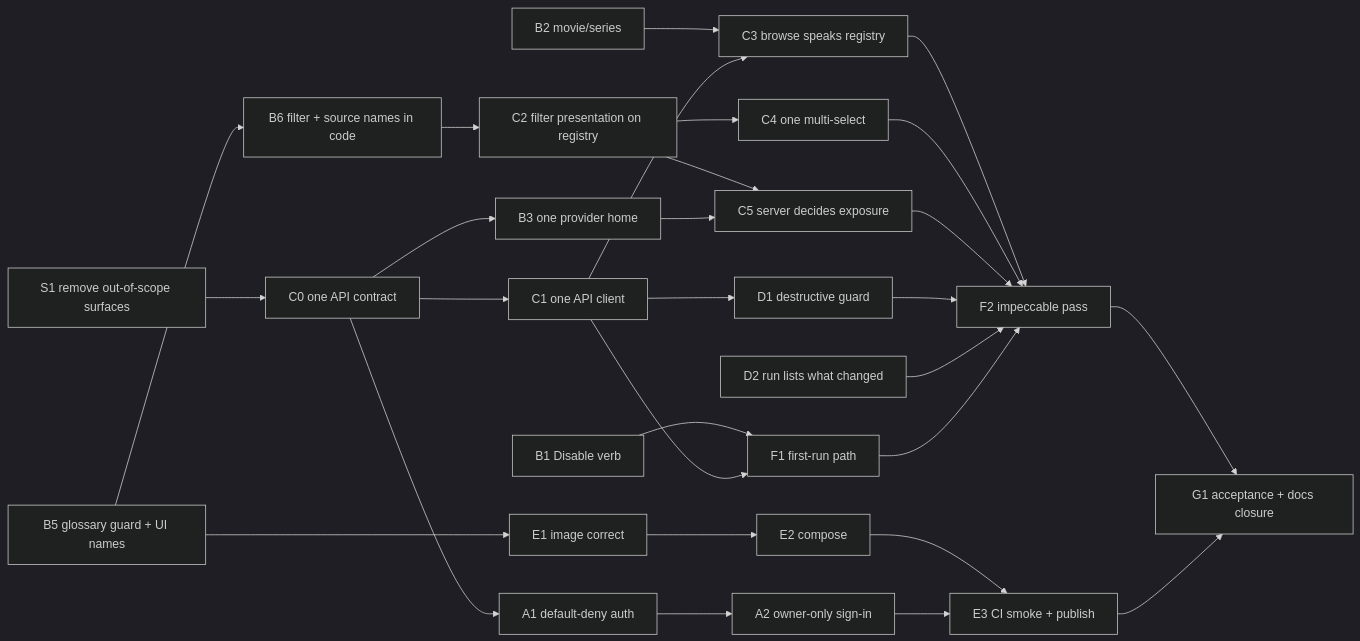
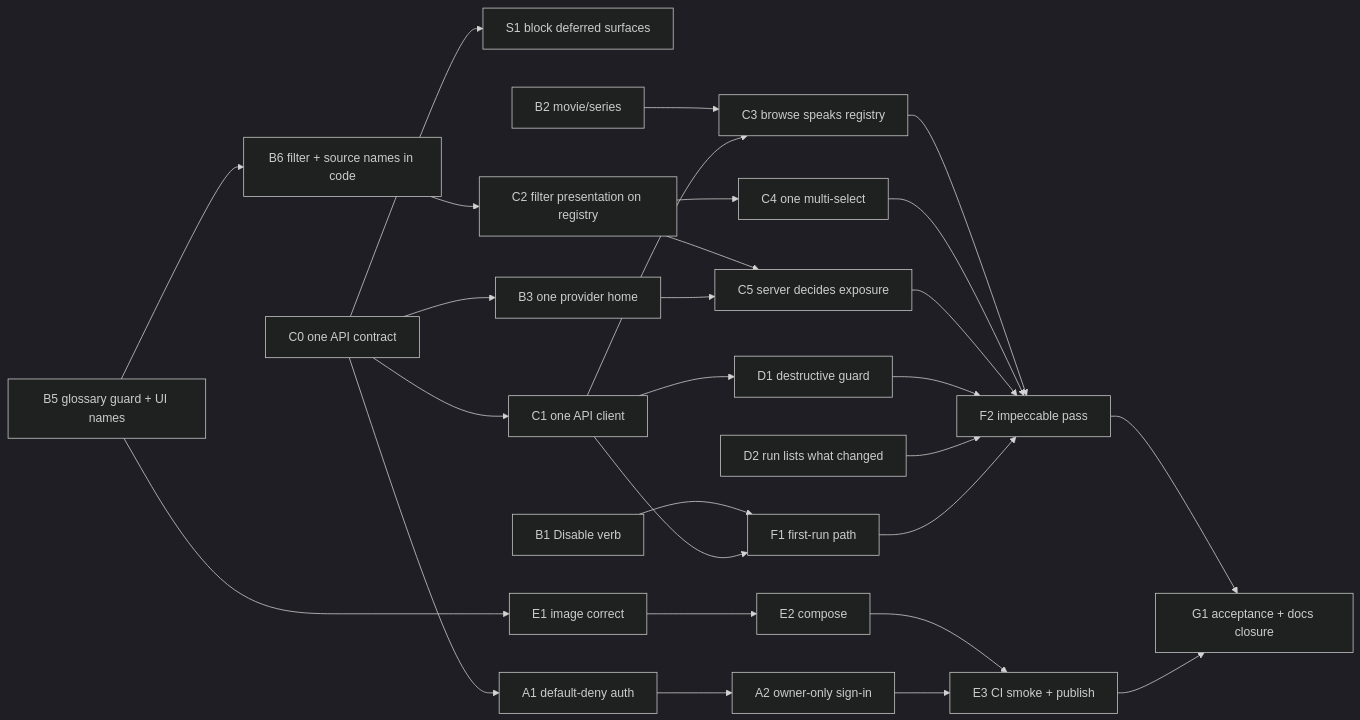
One commit to nokternol/warden changed the diagram in docs/in_progress/mvp/plan.md. Above: the diagram before and after it, drawn with Mermaid (dark theme). The commit also changed other lines of this file, not shown here.

First line of the commit message:
Block deferred MVP surfaces instead of removing them

````diff
--- a/docs/in_progress/mvp/plan.md
+++ b/docs/in_progress/mvp/plan.md
@@ -252,23 +258,23 @@
 ```mermaid
 flowchart LR
-  S1[S1 remove out-of-scope surfaces] --> C0[C0 one API contract]
+  C0[C0 one API contract] --> S1[S1 block deferred surfaces]
   C0 --> A1[A1 default-deny auth]
   C0 --> B3[B3 one provider home]
   A1 --> A2[A2 owner-only sign-in]
   B1[B1 Disable verb] --> F1[F1 first-run path]
   B2[B2 movie/series] --> C3[C3 browse speaks registry]
   C0 --> C1[C1 one API client]
   B5[B5 glossary guard + UI names] --> E1
   B5 --> B6[B6 filter + source names in code]
   B6 --> C2[C2 filter presentation on registry]
   C1 --> C3
   C1 --> D1[D1 destructive guard]
   C1 --> F1
   C2 --> C4[C4 one multi-select]
   C2 & B3 --> C5[C5 server decides exposure]
   D2[D2 run lists what changed]
   E1[E1 image correct] --> E2[E2 compose] --> E3[E3 CI smoke + publish]
   A2 --> E3
   C3 & C4 & C5 & D1 & D2 & F1 --> F2[F2 impeccable pass]
   F2 & E3 --> G1[G1 acceptance + docs closure]
 ```
````
